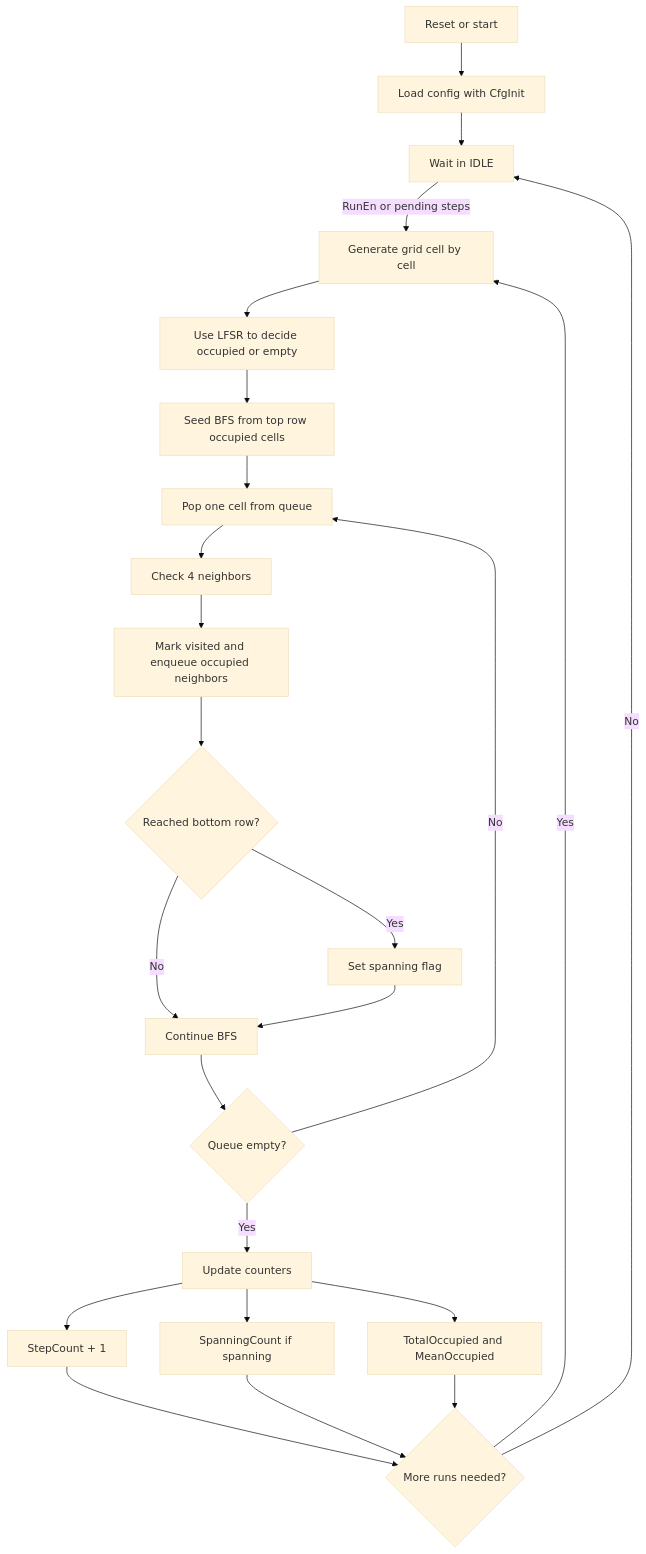
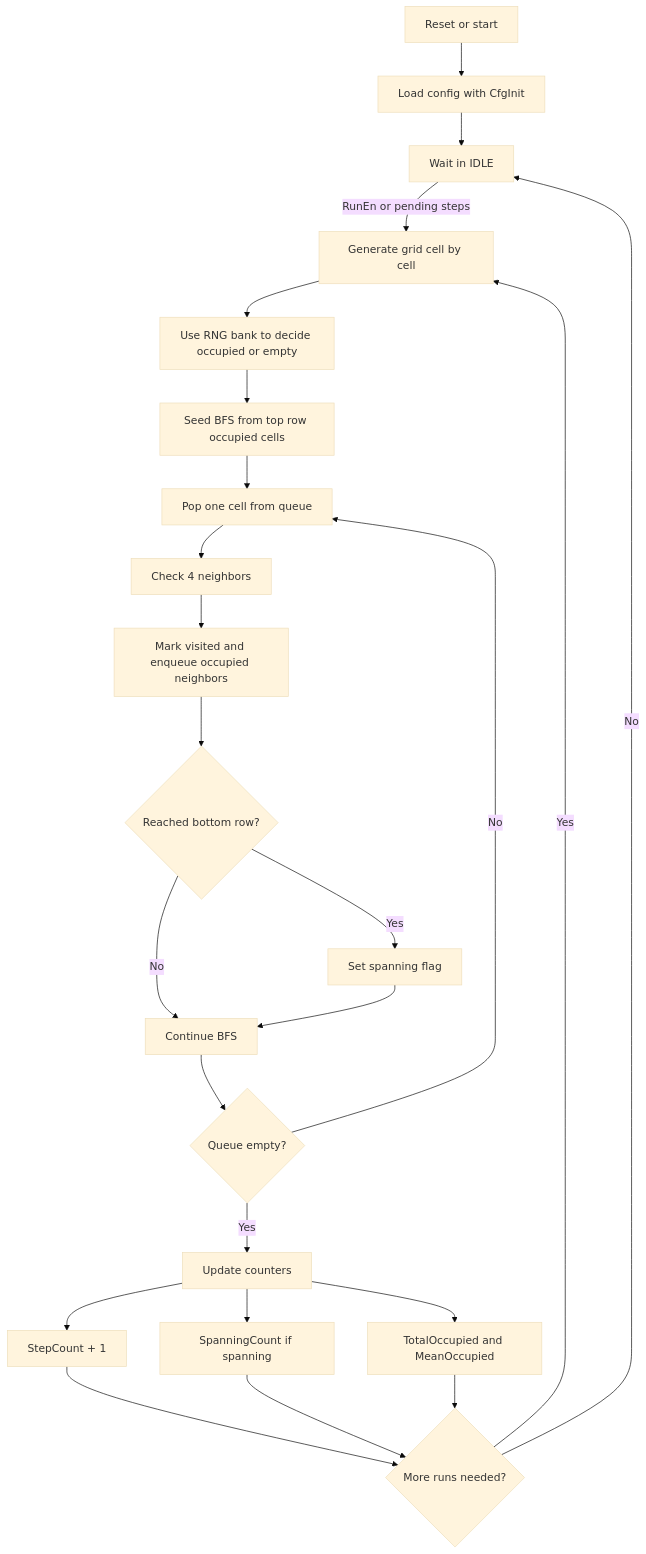
One commit to tusca99/FPGA-project changed the diagram in project/percolation_core/percolation_core_schema.md. Above: the diagram before and after it, drawn with Mermaid (base theme). The commit also changed other lines of this file and 28 other files, not shown here.

````diff
--- a/project/percolation_core/percolation_core_schema.md
+++ b/project/percolation_core/percolation_core_schema.md
@@ -140,26 +142,26 @@
 ```mermaid
 flowchart TD
     A[Reset or start] --> B[Load config with CfgInit]
     B --> C[Wait in IDLE]
     C -->|RunEn or pending steps| D[Generate grid cell by cell]
-    D --> E[Use LFSR to decide occupied or empty]
+    D --> E[Use RNG bank to decide occupied or empty]
     E --> F[Seed BFS from top row occupied cells]
     F --> G[Pop one cell from queue]
     G --> H[Check 4 neighbors]
     H --> I[Mark visited and enqueue occupied neighbors]
     I --> J{Reached bottom row?}
     J -->|Yes| K[Set spanning flag]
     J -->|No| L[Continue BFS]
     K --> L
     L --> M{Queue empty?}
     M -->|No| G
     M -->|Yes| N[Update counters]
     N --> O[StepCount + 1]
     N --> P[SpanningCount if spanning]
     N --> Q[TotalOccupied and MeanOccupied]
     O --> R{More runs needed?}
     P --> R
     Q --> R
     R -->|Yes| D
     R -->|No| C
 ```
````
